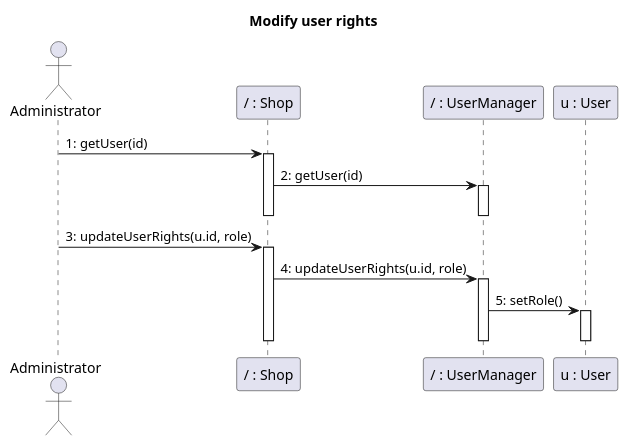
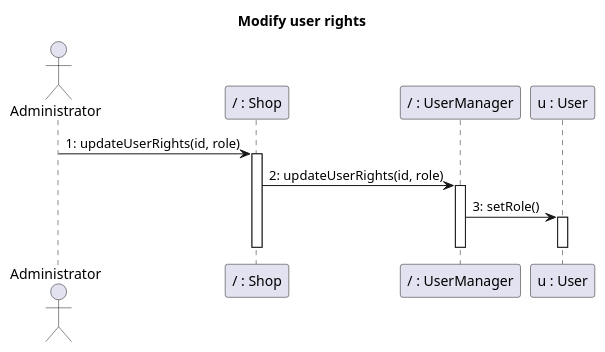
One commit to nicolabattaglino/ezshop changed the tenth of 34 diagrams in Deliverables/DesignDocument.md. Above: the diagram before and after it, drawn with PlantUML. The commit also changed other lines of this file, not shown here.

Commit message:
sequence diagram

````diff
--- a/Deliverables/DesignDocument.md
+++ b/Deliverables/DesignDocument.md
@@ -701,27 +695,21 @@
 ```plantuml
 @startuml
 title Modify user rights
 actor Administrator
 participant "/ : Shop" as Shop
 participant "/ : UserManager" as UserManager
 participant "u : User" as User
 
-Administrator -> Shop: 1: getUser(id)
+
+Administrator -> Shop: 1: updateUserRights(id, role)
 activate Shop
-Shop -> UserManager: 2: getUser(id)
+Shop -> UserManager: 2: updateUserRights(id, role)
 activate UserManager
-deactivate UserManager
-deactivate Shop
-
-Administrator -> Shop: 3: updateUserRights(u.id, role)
-activate Shop
-Shop -> UserManager: 4: updateUserRights(u.id, role)
-activate UserManager
-UserManager -> User: 5: setRole()
+UserManager -> User: 3: setRole()
 activate User
 deactivate User
 deactivate UserManager
 deactivate Shop
 
 @enduml
 ```
````
